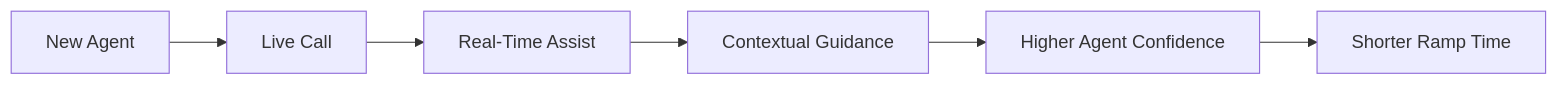
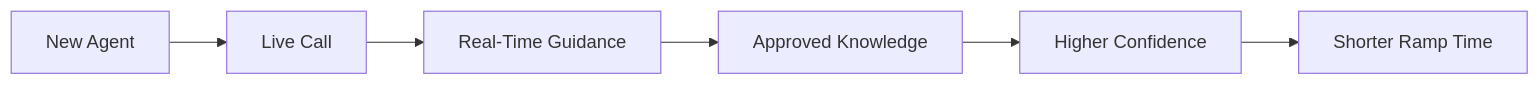
One commit to WebexSamples/webex-ai-agents changed the third of 10 diagrams in AI_CookBook/ai-assist-benefits3.md. Above: the diagram before and after it, drawn with Mermaid. The commit also changed other lines of this file, not shown here.

````diff
--- a/AI_CookBook/ai-assist-benefits3.md
+++ b/AI_CookBook/ai-assist-benefits3.md
@@ -98,8 +97,8 @@
 ```mermaid
 flowchart LR
     NewAgent[New Agent] --> LiveCall[Live Call]
-    LiveCall --> RTA[Real-Time Assist]
-    RTA --> Guidance[Contextual Guidance]
-    Guidance --> Confidence[Higher Agent Confidence]
+    LiveCall --> Guidance[Real-Time Guidance]
+    Guidance --> Knowledge[Approved Knowledge]
+    Knowledge --> Confidence[Higher Confidence]
     Confidence --> Ramp[Shorter Ramp Time]
 ```
````
